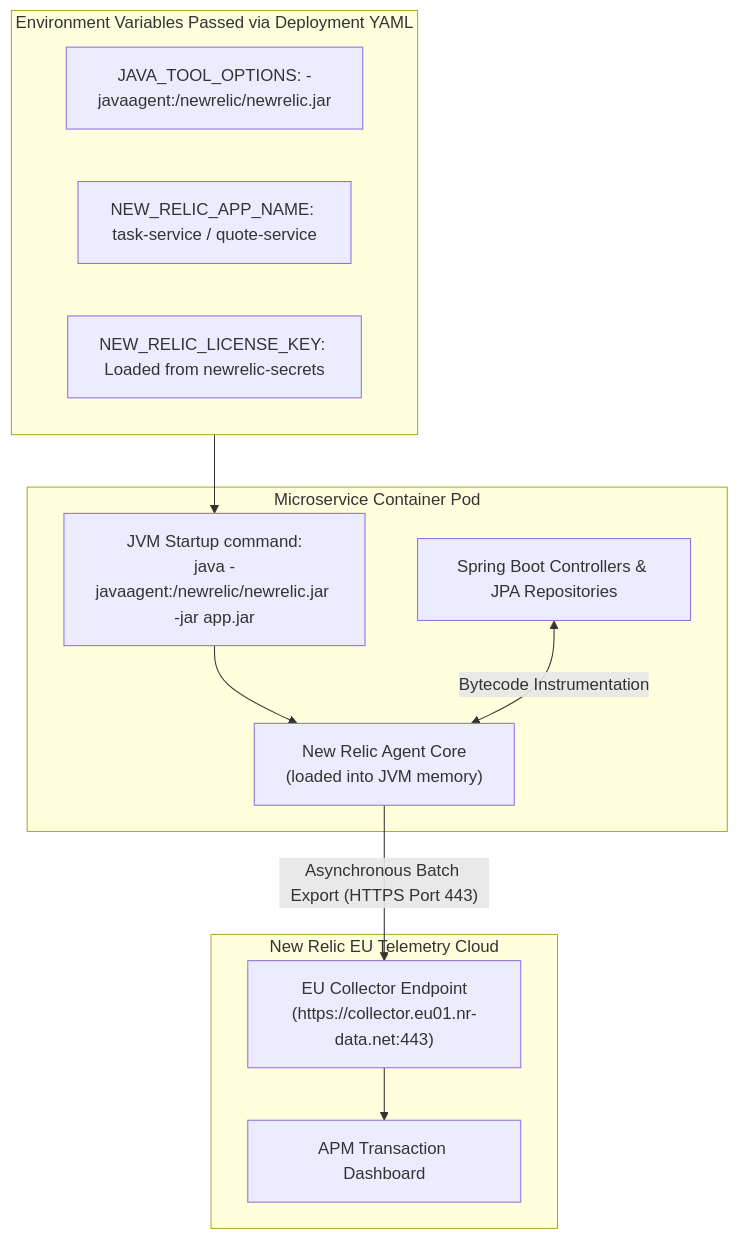
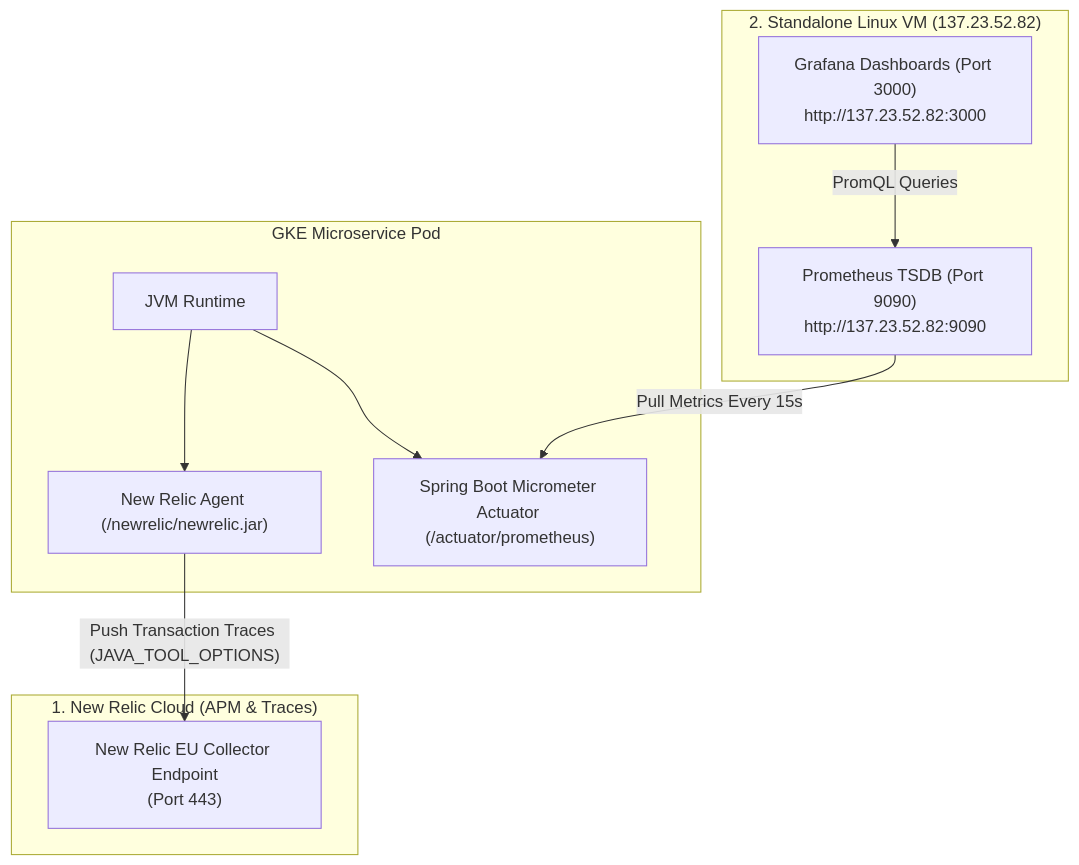
One commit to amitpandey1992/java-gke-cicd changed the seventh of 7 diagrams in docs/master_architecture_guide.md. Above: the diagram before and after it, drawn with Mermaid. The commit also changed other lines of this file, not shown here.

Commit message:
docs: integrate Standalone VM Prometheus and Grafana dual observability into master architecture guide

````diff
--- a/docs/master_architecture_guide.md
+++ b/docs/master_architecture_guide.md
@@ -282,26 +294,22 @@
 ```mermaid
 flowchart TD
-    subgraph PodRuntime ["Microservice Container Pod"]
-        jvm_start["JVM Startup command:\njava -javaagent:/newrelic/newrelic.jar -jar app.jar"]
-        agent["New Relic Agent Core\n(loaded into JVM memory)"]
-        app_code["Spring Boot Controllers & JPA Repositories"]
-        
-        jvm_start --> agent
-        app_code <-->|Bytecode Instrumentation| agent
+    subgraph GKEPod ["GKE Microservice Pod"]
+        jvm["JVM Runtime"]
+        nr_agent["New Relic Agent (/newrelic/newrelic.jar)"]
+        micrometer["Spring Boot Micrometer Actuator (/actuator/prometheus)"]
+        jvm --> nr_agent
+        jvm --> micrometer
     end
 
-    subgraph EnvVars ["Environment Variables Passed via Deployment YAML"]
-        env1["JAVA_TOOL_OPTIONS: -javaagent:/newrelic/newrelic.jar"]
-        env2["NEW_RELIC_APP_NAME: task-service / quote-service"]
-        env3["NEW_RELIC_LICENSE_KEY: Loaded from newrelic-secrets"]
+    subgraph NewRelicCloud ["1. New Relic Cloud (APM & Traces)"]
+        nr_collector["New Relic EU Collector Endpoint\n(Port 443)"]
+        nr_agent -- "Push Transaction Traces (JAVA_TOOL_OPTIONS)" --> nr_collector
     end
 
-    subgraph NRCloud ["New Relic EU Telemetry Cloud"]
-        collector["EU Collector Endpoint\n(https://collector.eu01.nr-data.net:443)"]
-        apm_dashboard["APM Transaction Dashboard"]
+    subgraph StandaloneVM ["2. Standalone Linux VM (137.23.52.82)"]
+        prom["Prometheus TSDB (Port 9090)\nhttp://137.23.52.82:9090"]
+        grafana["Grafana Dashboards (Port 3000)\nhttp://137.23.52.82:3000"]
+        prom -->|Pull Metrics Every 15s| micrometer
+        grafana -->|PromQL Queries| prom
     end
-
-    EnvVars --> jvm_start
-    agent -- "Asynchronous Batch Export (HTTPS Port 443)" --> collector
-    collector --> apm_dashboard
 ```
````
